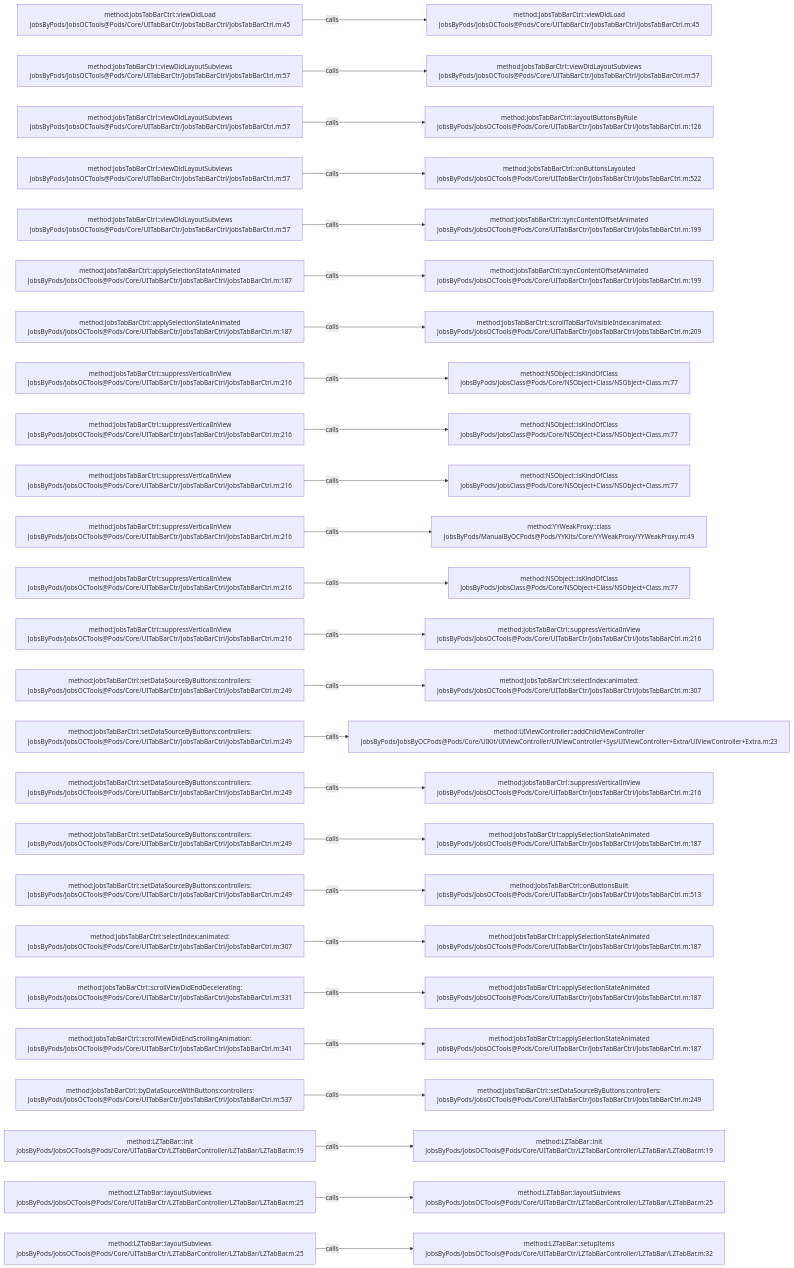
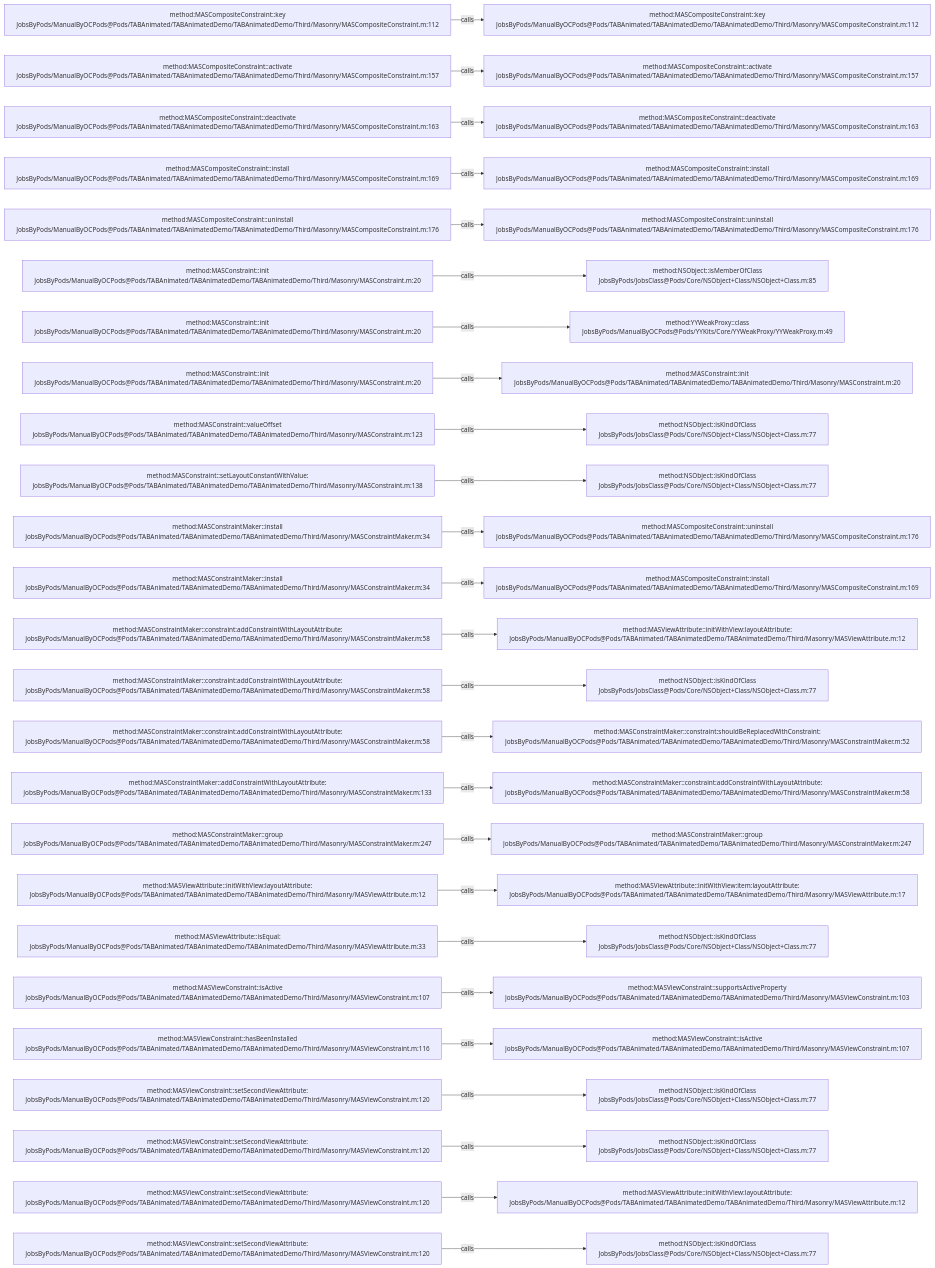
Before and after one commit to JobsKits/JobsOCBaseConfigDemo: the diagram in .codegraph/codegraph.md/graphs/calls-150.md, drawn with Mermaid. The commit also changed 573 other files, not shown here.

````diff
--- a/.codegraph/codegraph.md/graphs/calls-150.md
+++ b/.codegraph/codegraph.md/graphs/calls-150.md
@@ -13,78 +13,78 @@
 ```mermaid
 flowchart LR
-  S1["method:JobsTabBarCtrl::viewDidLoad<br/>JobsByPods/JobsOCTools@Pods/Core/UITabBarCtr/JobsTabBarCtrl/JobsTabBarCtrl.m:45"]
-  T1["method:JobsTabBarCtrl::viewDidLoad<br/>JobsByPods/JobsOCTools@Pods/Core/UITabBarCtr/JobsTabBarCtrl/JobsTabBarCtrl.m:45"]
+  S1["method:MASCompositeConstraint::key<br/>JobsByPods/ManualByOCPods@Pods/TABAnimated/TABAnimatedDemo/TABAnimatedDemo/Third/Masonry/MASCompositeConstraint.m:112"]
+  T1["method:MASCompositeConstraint::key<br/>JobsByPods/ManualByOCPods@Pods/TABAnimated/TABAnimatedDemo/TABAnimatedDemo/Third/Masonry/MASCompositeConstraint.m:112"]
   S1 -->|calls| T1
-  S2["method:JobsTabBarCtrl::viewDidLayoutSubviews<br/>JobsByPods/JobsOCTools@Pods/Core/UITabBarCtr/JobsTabBarCtrl/JobsTabBarCtrl.m:57"]
-  T2["method:JobsTabBarCtrl::viewDidLayoutSubviews<br/>JobsByPods/JobsOCTools@Pods/Core/UITabBarCtr/JobsTabBarCtrl/JobsTabBarCtrl.m:57"]
+  S2["method:MASCompositeConstraint::activate<br/>JobsByPods/ManualByOCPods@Pods/TABAnimated/TABAnimatedDemo/TABAnimatedDemo/Third/Masonry/MASCompositeConstraint.m:157"]
+  T2["method:MASCompositeConstraint::activate<br/>JobsByPods/ManualByOCPods@Pods/TABAnimated/TABAnimatedDemo/TABAnimatedDemo/Third/Masonry/MASCompositeConstraint.m:157"]
   S2 -->|calls| T2
-  S3["method:JobsTabBarCtrl::viewDidLayoutSubviews<br/>JobsByPods/JobsOCTools@Pods/Core/UITabBarCtr/JobsTabBarCtrl/JobsTabBarCtrl.m:57"]
-  T3["method:JobsTabBarCtrl::layoutButtonsByRule<br/>JobsByPods/JobsOCTools@Pods/Core/UITabBarCtr/JobsTabBarCtrl/JobsTabBarCtrl.m:126"]
+  S3["method:MASCompositeConstraint::deactivate<br/>JobsByPods/ManualByOCPods@Pods/TABAnimated/TABAnimatedDemo/TABAnimatedDemo/Third/Masonry/MASCompositeConstraint.m:163"]
+  T3["method:MASCompositeConstraint::deactivate<br/>JobsByPods/ManualByOCPods@Pods/TABAnimated/TABAnimatedDemo/TABAnimatedDemo/Third/Masonry/MASCompositeConstraint.m:163"]
   S3 -->|calls| T3
-  S4["method:JobsTabBarCtrl::viewDidLayoutSubviews<br/>JobsByPods/JobsOCTools@Pods/Core/UITabBarCtr/JobsTabBarCtrl/JobsTabBarCtrl.m:57"]
-  T4["method:JobsTabBarCtrl::onButtonsLayouted<br/>JobsByPods/JobsOCTools@Pods/Core/UITabBarCtr/JobsTabBarCtrl/JobsTabBarCtrl.m:522"]
+  S4["method:MASCompositeConstraint::install<br/>JobsByPods/ManualByOCPods@Pods/TABAnimated/TABAnimatedDemo/TABAnimatedDemo/Third/Masonry/MASCompositeConstraint.m:169"]
+  T4["method:MASCompositeConstraint::install<br/>JobsByPods/ManualByOCPods@Pods/TABAnimated/TABAnimatedDemo/TABAnimatedDemo/Third/Masonry/MASCompositeConstraint.m:169"]
   S4 -->|calls| T4
-  S5["method:JobsTabBarCtrl::viewDidLayoutSubviews<br/>JobsByPods/JobsOCTools@Pods/Core/UITabBarCtr/JobsTabBarCtrl/JobsTabBarCtrl.m:57"]
-  T5["method:JobsTabBarCtrl::syncContentOffsetAnimated<br/>JobsByPods/JobsOCTools@Pods/Core/UITabBarCtr/JobsTabBarCtrl/JobsTabBarCtrl.m:199"]
+  S5["method:MASCompositeConstraint::uninstall<br/>JobsByPods/ManualByOCPods@Pods/TABAnimated/TABAnimatedDemo/TABAnimatedDemo/Third/Masonry/MASCompositeConstraint.m:176"]
+  T5["method:MASCompositeConstraint::uninstall<br/>JobsByPods/ManualByOCPods@Pods/TABAnimated/TABAnimatedDemo/TABAnimatedDemo/Third/Masonry/MASCompositeConstraint.m:176"]
   S5 -->|calls| T5
-  S6["method:JobsTabBarCtrl::applySelectionStateAnimated<br/>JobsByPods/JobsOCTools@Pods/Core/UITabBarCtr/JobsTabBarCtrl/JobsTabBarCtrl.m:187"]
-  T6["method:JobsTabBarCtrl::syncContentOffsetAnimated<br/>JobsByPods/JobsOCTools@Pods/Core/UITabBarCtr/JobsTabBarCtrl/JobsTabBarCtrl.m:199"]
+  S6["method:MASConstraint::init<br/>JobsByPods/ManualByOCPods@Pods/TABAnimated/TABAnimatedDemo/TABAnimatedDemo/Third/Masonry/MASConstraint.m:20"]
+  T6["method:NSObject::isMemberOfClass<br/>JobsByPods/JobsClass@Pods/Core/NSObject+Class/NSObject+Class.m:85"]
   S6 -->|calls| T6
-  S7["method:JobsTabBarCtrl::applySelectionStateAnimated<br/>JobsByPods/JobsOCTools@Pods/Core/UITabBarCtr/JobsTabBarCtrl/JobsTabBarCtrl.m:187"]
-  T7["method:JobsTabBarCtrl::scrollTabBarToVisibleIndex:animated:<br/>JobsByPods/JobsOCTools@Pods/Core/UITabBarCtr/JobsTabBarCtrl/JobsTabBarCtrl.m:209"]
+  S7["method:MASConstraint::init<br/>JobsByPods/ManualByOCPods@Pods/TABAnimated/TABAnimatedDemo/TABAnimatedDemo/Third/Masonry/MASConstraint.m:20"]
+  T7["method:YYWeakProxy::class<br/>JobsByPods/ManualByOCPods@Pods/YYKits/Core/YYWeakProxy/YYWeakProxy.m:49"]
   S7 -->|calls| T7
-  S8["method:JobsTabBarCtrl::suppressVerticalInView<br/>JobsByPods/JobsOCTools@Pods/Core/UITabBarCtr/JobsTabBarCtrl/JobsTabBarCtrl.m:216"]
-  T8["method:NSObject::isKindOfClass<br/>JobsByPods/JobsClass@Pods/Core/NSObject+Class/NSObject+Class.m:77"]
+  S8["method:MASConstraint::init<br/>JobsByPods/ManualByOCPods@Pods/TABAnimated/TABAnimatedDemo/TABAnimatedDemo/Third/Masonry/MASConstraint.m:20"]
+  T8["method:MASConstraint::init<br/>JobsByPods/ManualByOCPods@Pods/TABAnimated/TABAnimatedDemo/TABAnimatedDemo/Third/Masonry/MASConstraint.m:20"]
   S8 -->|calls| T8
-  S9["method:JobsTabBarCtrl::suppressVerticalInView<br/>JobsByPods/JobsOCTools@Pods/Core/UITabBarCtr/JobsTabBarCtrl/JobsTabBarCtrl.m:216"]
+  S9["method:MASConstraint::valueOffset<br/>JobsByPods/ManualByOCPods@Pods/TABAnimated/TABAnimatedDemo/TABAnimatedDemo/Third/Masonry/MASConstraint.m:123"]
   T9["method:NSObject::isKindOfClass<br/>JobsByPods/JobsClass@Pods/Core/NSObject+Class/NSObject+Class.m:77"]
   S9 -->|calls| T9
-  S10["method:JobsTabBarCtrl::suppressVerticalInView<br/>JobsByPods/JobsOCTools@Pods/Core/UITabBarCtr/JobsTabBarCtrl/JobsTabBarCtrl.m:216"]
+  S10["method:MASConstraint::setLayoutConstantWithValue:<br/>JobsByPods/ManualByOCPods@Pods/TABAnimated/TABAnimatedDemo/TABAnimatedDemo/Third/Masonry/MASConstraint.m:138"]
   T10["method:NSObject::isKindOfClass<br/>JobsByPods/JobsClass@Pods/Core/NSObject+Class/NSObject+Class.m:77"]
   S10 -->|calls| T10
-  S11["method:JobsTabBarCtrl::suppressVerticalInView<br/>JobsByPods/JobsOCTools@Pods/Core/UITabBarCtr/JobsTabBarCtrl/JobsTabBarCtrl.m:216"]
-  T11["method:YYWeakProxy::class<br/>JobsByPods/ManualByOCPods@Pods/YYKits/Core/YYWeakProxy/YYWeakProxy.m:49"]
+  S11["method:MASConstraintMaker::install<br/>JobsByPods/ManualByOCPods@Pods/TABAnimated/TABAnimatedDemo/TABAnimatedDemo/Third/Masonry/MASConstraintMaker.m:34"]
+  T11["method:MASCompositeConstraint::uninstall<br/>JobsByPods/ManualByOCPods@Pods/TABAnimated/TABAnimatedDemo/TABAnimatedDemo/Third/Masonry/MASCompositeConstraint.m:176"]
   S11 -->|calls| T11
-  S12["method:JobsTabBarCtrl::suppressVerticalInView<br/>JobsByPods/JobsOCTools@Pods/Core/UITabBarCtr/JobsTabBarCtrl/JobsTabBarCtrl.m:216"]
-  T12["method:NSObject::isKindOfClass<br/>JobsByPods/JobsClass@Pods/Core/NSObject+Class/NSObject+Class.m:77"]
+  S12["method:MASConstraintMaker::install<br/>JobsByPods/ManualByOCPods@Pods/TABAnimated/TABAnimatedDemo/TABAnimatedDemo/Third/Masonry/MASConstraintMaker.m:34"]
+  T12["method:MASCompositeConstraint::install<br/>JobsByPods/ManualByOCPods@Pods/TABAnimated/TABAnimatedDemo/TABAnimatedDemo/Third/Masonry/MASCompositeConstraint.m:169"]
   S12 -->|calls| T12
-  S13["method:JobsTabBarCtrl::suppressVerticalInView<br/>JobsByPods/JobsOCTools@Pods/Core/UITabBarCtr/JobsTabBarCtrl/JobsTabBarCtrl.m:216"]
-  T13["method:JobsTabBarCtrl::suppressVerticalInView<br/>JobsByPods/JobsOCTools@Pods/Core/UITabBarCtr/JobsTabBarCtrl/JobsTabBarCtrl.m:216"]
+  S13["method:MASConstraintMaker::constraint:addConstraintWithLayoutAttribute:<br/>JobsByPods/ManualByOCPods@Pods/TABAnimated/TABAnimatedDemo/TABAnimatedDemo/Third/Masonry/MASConstraintMaker.m:58"]
+  T13["method:MASViewAttribute::initWithView:layoutAttribute:<br/>JobsByPods/ManualByOCPods@Pods/TABAnimated/TABAnimatedDemo/TABAnimatedDemo/Third/Masonry/MASViewAttribute.m:12"]
   S13 -->|calls| T13
-  S14["method:JobsTabBarCtrl::setDataSourceByButtons:controllers:<br/>JobsByPods/JobsOCTools@Pods/Core/UITabBarCtr/JobsTabBarCtrl/JobsTabBarCtrl.m:249"]
-  T14["method:JobsTabBarCtrl::selectIndex:animated:<br/>JobsByPods/JobsOCTools@Pods/Core/UITabBarCtr/JobsTabBarCtrl/JobsTabBarCtrl.m:307"]
+  S14["method:MASConstraintMaker::constraint:addConstraintWithLayoutAttribute:<br/>JobsByPods/ManualByOCPods@Pods/TABAnimated/TABAnimatedDemo/TABAnimatedDemo/Third/Masonry/MASConstraintMaker.m:58"]
+  T14["method:NSObject::isKindOfClass<br/>JobsByPods/JobsClass@Pods/Core/NSObject+Class/NSObject+Class.m:77"]
   S14 -->|calls| T14
-  S15["method:JobsTabBarCtrl::setDataSourceByButtons:controllers:<br/>JobsByPods/JobsOCTools@Pods/Core/UITabBarCtr/JobsTabBarCtrl/JobsTabBarCtrl.m:249"]
-  T15["method:UIViewController::addChildViewController<br/>JobsByPods/JobsByOCPods@Pods/Core/UIKit/UIViewController/UIViewController+Sys/UIViewController+Extra/UIViewController+Extra.m:23"]
+  S15["method:MASConstraintMaker::constraint:addConstraintWithLayoutAttribute:<br/>JobsByPods/ManualByOCPods@Pods/TABAnimated/TABAnimatedDemo/TABAnimatedDemo/Third/Masonry/MASConstraintMaker.m:58"]
+  T15["method:MASConstraintMaker::constraint:shouldBeReplacedWithConstraint:<br/>JobsByPods/ManualByOCPods@Pods/TABAnimated/TABAnimatedDemo/TABAnimatedDemo/Third/Masonry/MASConstraintMaker.m:52"]
   S15 -->|calls| T15
-  S16["method:JobsTabBarCtrl::setDataSourceByButtons:controllers:<br/>JobsByPods/JobsOCTools@Pods/Core/UITabBarCtr/JobsTabBarCtrl/JobsTabBarCtrl.m:249"]
-  T16["method:JobsTabBarCtrl::suppressVerticalInView<br/>JobsByPods/JobsOCTools@Pods/Core/UITabBarCtr/JobsTabBarCtrl/JobsTabBarCtrl.m:216"]
+  S16["method:MASConstraintMaker::addConstraintWithLayoutAttribute:<br/>JobsByPods/ManualByOCPods@Pods/TABAnimated/TABAnimatedDemo/TABAnimatedDemo/Third/Masonry/MASConstraintMaker.m:133"]
+  T16["method:MASConstraintMaker::constraint:addConstraintWithLayoutAttribute:<br/>JobsByPods/ManualByOCPods@Pods/TABAnimated/TABAnimatedDemo/TABAnimatedDemo/Third/Masonry/MASConstraintMaker.m:58"]
   S16 -->|calls| T16
-  S17["method:JobsTabBarCtrl::setDataSourceByButtons:controllers:<br/>JobsByPods/JobsOCTools@Pods/Core/UITabBarCtr/JobsTabBarCtrl/JobsTabBarCtrl.m:249"]
-  T17["method:JobsTabBarCtrl::applySelectionStateAnimated<br/>JobsByPods/JobsOCTools@Pods/Core/UITabBarCtr/JobsTabBarCtrl/JobsTabBarCtrl.m:187"]
+  S17["method:MASConstraintMaker::group<br/>JobsByPods/ManualByOCPods@Pods/TABAnimated/TABAnimatedDemo/TABAnimatedDemo/Third/Masonry/MASConstraintMaker.m:247"]
+  T17["method:MASConstraintMaker::group<br/>JobsByPods/ManualByOCPods@Pods/TABAnimated/TABAnimatedDemo/TABAnimatedDemo/Third/Masonry/MASConstraintMaker.m:247"]
   S17 -->|calls| T17
-  S18["method:JobsTabBarCtrl::setDataSourceByButtons:controllers:<br/>JobsByPods/JobsOCTools@Pods/Core/UITabBarCtr/JobsTabBarCtrl/JobsTabBarCtrl.m:249"]
-  T18["method:JobsTabBarCtrl::onButtonsBuilt<br/>JobsByPods/JobsOCTools@Pods/Core/UITabBarCtr/JobsTabBarCtrl/JobsTabBarCtrl.m:513"]
+  S18["method:MASViewAttribute::initWithView:layoutAttribute:<br/>JobsByPods/ManualByOCPods@Pods/TABAnimated/TABAnimatedDemo/TABAnimatedDemo/Third/Masonry/MASViewAttribute.m:12"]
+  T18["method:MASViewAttribute::initWithView:item:layoutAttribute:<br/>JobsByPods/ManualByOCPods@Pods/TABAnimated/TABAnimatedDemo/TABAnimatedDemo/Third/Masonry/MASViewAttribute.m:17"]
   S18 -->|calls| T18
-  S19["method:JobsTabBarCtrl::selectIndex:animated:<br/>JobsByPods/JobsOCTools@Pods/Core/UITabBarCtr/JobsTabBarCtrl/JobsTabBarCtrl.m:307"]
-  T19["method:JobsTabBarCtrl::applySelectionStateAnimated<br/>JobsByPods/JobsOCTools@Pods/Core/UITabBarCtr/JobsTabBarCtrl/JobsTabBarCtrl.m:187"]
+  S19["method:MASViewAttribute::isEqual:<br/>JobsByPods/ManualByOCPods@Pods/TABAnimated/TABAnimatedDemo/TABAnimatedDemo/Third/Masonry/MASViewAttribute.m:33"]
+  T19["method:NSObject::isKindOfClass<br/>JobsByPods/JobsClass@Pods/Core/NSObject+Class/NSObject+Class.m:77"]
   S19 -->|calls| T19
-  S20["method:JobsTabBarCtrl::scrollViewDidEndDecelerating:<br/>JobsByPods/JobsOCTools@Pods/Core/UITabBarCtr/JobsTabBarCtrl/JobsTabBarCtrl.m:331"]
-  T20["method:JobsTabBarCtrl::applySelectionStateAnimated<br/>JobsByPods/JobsOCTools@Pods/Core/UITabBarCtr/JobsTabBarCtrl/JobsTabBarCtrl.m:187"]
+  S20["method:MASViewConstraint::isActive<br/>JobsByPods/ManualByOCPods@Pods/TABAnimated/TABAnimatedDemo/TABAnimatedDemo/Third/Masonry/MASViewConstraint.m:107"]
+  T20["method:MASViewConstraint::supportsActiveProperty<br/>JobsByPods/ManualByOCPods@Pods/TABAnimated/TABAnimatedDemo/TABAnimatedDemo/Third/Masonry/MASViewConstraint.m:103"]
   S20 -->|calls| T20
-  S21["method:JobsTabBarCtrl::scrollViewDidEndScrollingAnimation:<br/>JobsByPods/JobsOCTools@Pods/Core/UITabBarCtr/JobsTabBarCtrl/JobsTabBarCtrl.m:341"]
-  T21["method:JobsTabBarCtrl::applySelectionStateAnimated<br/>JobsByPods/JobsOCTools@Pods/Core/UITabBarCtr/JobsTabBarCtrl/JobsTabBarCtrl.m:187"]
+  S21["method:MASViewConstraint::hasBeenInstalled<br/>JobsByPods/ManualByOCPods@Pods/TABAnimated/TABAnimatedDemo/TABAnimatedDemo/Third/Masonry/MASViewConstraint.m:116"]
+  T21["method:MASViewConstraint::isActive<br/>JobsByPods/ManualByOCPods@Pods/TABAnimated/TABAnimatedDemo/TABAnimatedDemo/Third/Masonry/MASViewConstraint.m:107"]
   S21 -->|calls| T21
-  S22["method:JobsTabBarCtrl::byDataSourceWithButtons:controllers:<br/>JobsByPods/JobsOCTools@Pods/Core/UITabBarCtr/JobsTabBarCtrl/JobsTabBarCtrl.m:537"]
-  T22["method:JobsTabBarCtrl::setDataSourceByButtons:controllers:<br/>JobsByPods/JobsOCTools@Pods/Core/UITabBarCtr/JobsTabBarCtrl/JobsTabBarCtrl.m:249"]
+  S22["method:MASViewConstraint::setSecondViewAttribute:<br/>JobsByPods/ManualByOCPods@Pods/TABAnimated/TABAnimatedDemo/TABAnimatedDemo/Third/Masonry/MASViewConstraint.m:120"]
+  T22["method:NSObject::isKindOfClass<br/>JobsByPods/JobsClass@Pods/Core/NSObject+Class/NSObject+Class.m:77"]
   S22 -->|calls| T22
-  S23["method:LZTabBar::init<br/>JobsByPods/JobsOCTools@Pods/Core/UITabBarCtr/LZTabBarController/LZTabBar/LZTabBar.m:19"]
-  T23["method:LZTabBar::init<br/>JobsByPods/JobsOCTools@Pods/Core/UITabBarCtr/LZTabBarController/LZTabBar/LZTabBar.m:19"]
+  S23["method:MASViewConstraint::setSecondViewAttribute:<br/>JobsByPods/ManualByOCPods@Pods/TABAnimated/TABAnimatedDemo/TABAnimatedDemo/Third/Masonry/MASViewConstraint.m:120"]
+  T23["method:NSObject::isKindOfClass<br/>JobsByPods/JobsClass@Pods/Core/NSObject+Class/NSObject+Class.m:77"]
   S23 -->|calls| T23
-  S24["method:LZTabBar::layoutSubviews<br/>JobsByPods/JobsOCTools@Pods/Core/UITabBarCtr/LZTabBarController/LZTabBar/LZTabBar.m:25"]
-  T24["method:LZTabBar::layoutSubviews<br/>JobsByPods/JobsOCTools@Pods/Core/UITabBarCtr/LZTabBarController/LZTabBar/LZTabBar.m:25"]
+  S24["method:MASViewConstraint::setSecondViewAttribute:<br/>JobsByPods/ManualByOCPods@Pods/TABAnimated/TABAnimatedDemo/TABAnimatedDemo/Third/Masonry/MASViewConstraint.m:120"]
+  T24["method:MASViewAttribute::initWithView:layoutAttribute:<br/>JobsByPods/ManualByOCPods@Pods/TABAnimated/TABAnimatedDemo/TABAnimatedDemo/Third/Masonry/MASViewAttribute.m:12"]
   S24 -->|calls| T24
-  S25["method:LZTabBar::layoutSubviews<br/>JobsByPods/JobsOCTools@Pods/Core/UITabBarCtr/LZTabBarController/LZTabBar/LZTabBar.m:25"]
-  T25["method:LZTabBar::setupItems<br/>JobsByPods/JobsOCTools@Pods/Core/UITabBarCtr/LZTabBarController/LZTabBar/LZTabBar.m:32"]
+  S25["method:MASViewConstraint::setSecondViewAttribute:<br/>JobsByPods/ManualByOCPods@Pods/TABAnimated/TABAnimatedDemo/TABAnimatedDemo/Third/Masonry/MASViewConstraint.m:120"]
+  T25["method:NSObject::isKindOfClass<br/>JobsByPods/JobsClass@Pods/Core/NSObject+Class/NSObject+Class.m:77"]
   S25 -->|calls| T25
 ```
````
